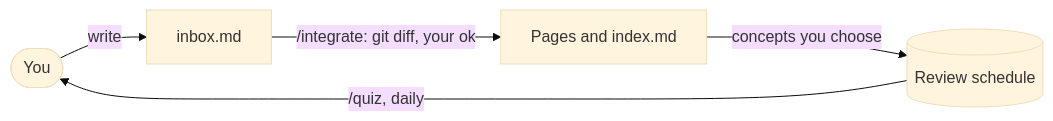
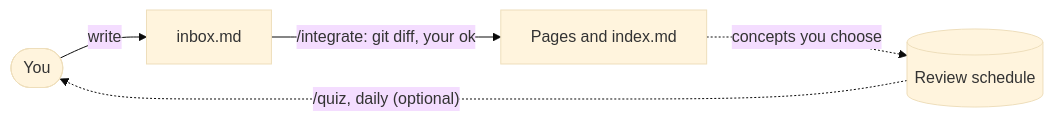
One commit to jeantotola/obsidian-recall changed the diagram in README.md. Above: the diagram before and after it, drawn with Mermaid (base theme). The commit also changed other lines of this file and 10 other files, not shown here.

Commit message:
Make the quiz optional and have /maintenance note thin pages and misplaced concepts

````diff
--- a/README.md
+++ b/README.md
@@ -13,7 +13,7 @@
 ```mermaid
 flowchart LR
     you([You]) -- write --> inbox[inbox.md]
     inbox -- "/integrate: git diff, your ok" --> pages[Pages and index.md]
-    pages -- "concepts you choose" --> schedule[(Review schedule)]
-    schedule -- "/quiz, daily" --> you
+    pages -. "concepts you choose" .-> schedule[(Review schedule)]
+    schedule -. "/quiz, daily (optional)" .-> you
 ```
````
